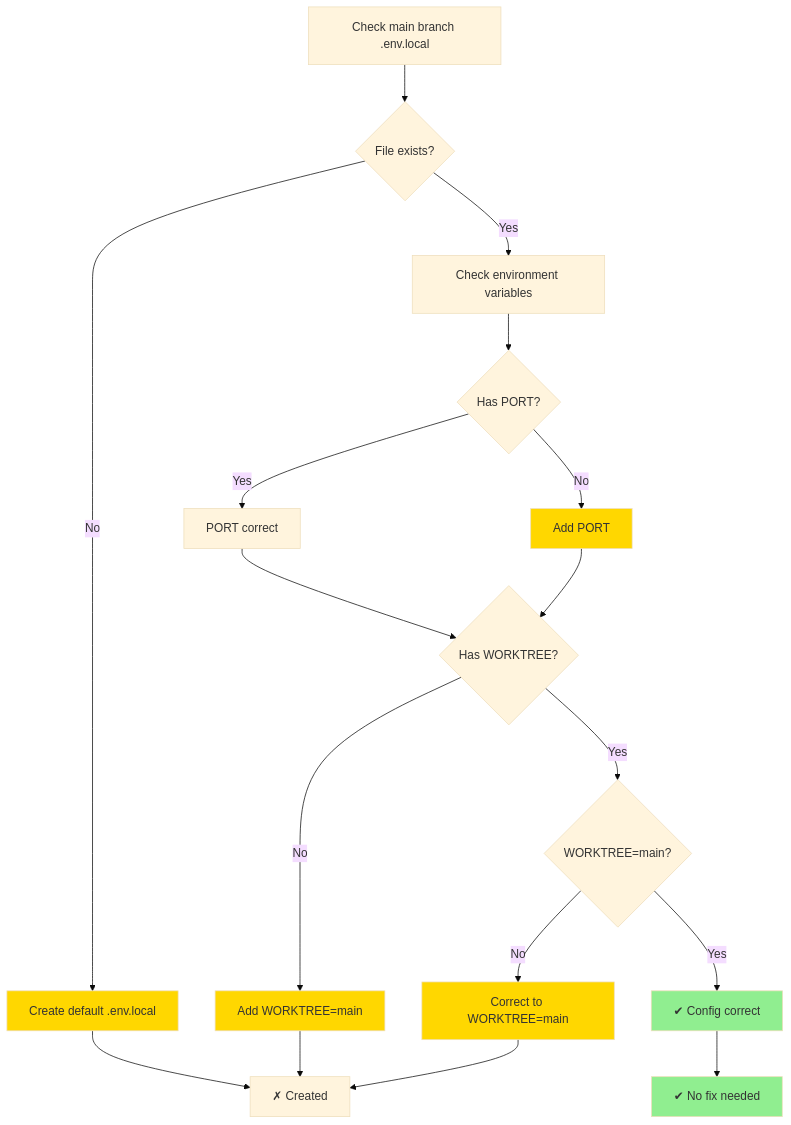
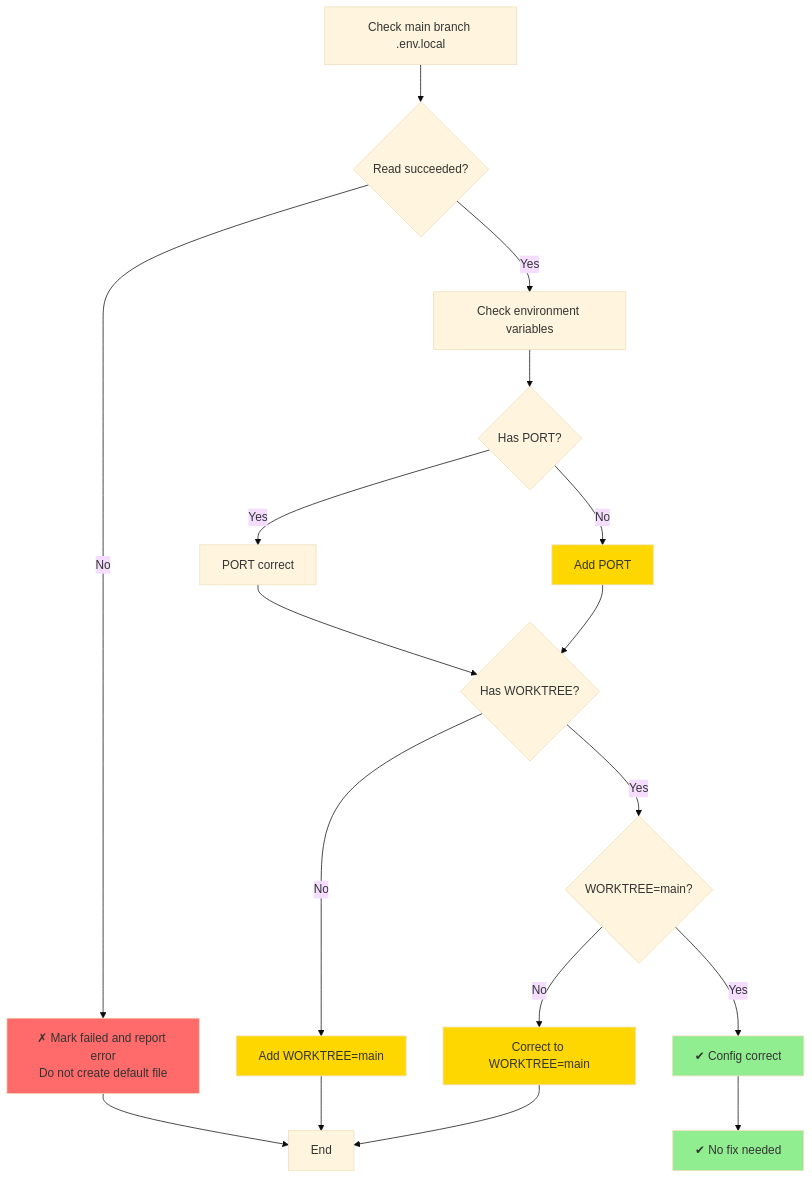
Before and after one commit to colin-han/colyn: the second of 4 diagrams in docs/en/develop/design/commands/design-repair-command.md, drawn with Mermaid (base theme). The commit also changed other lines of this file and 44 other files, not shown here.

````diff
--- a/docs/en/develop/design/commands/design-repair-command.md
+++ b/docs/en/develop/design/commands/design-repair-command.md
@@ -207,33 +207,33 @@
 ```mermaid
 graph TD
-    Start[Check main branch .env.local] --> FileExists{File exists?}
+    Start[Check main branch .env.local] --> ReadFile{Read succeeded?}
 
-    FileExists -->|No| CreateFile[Create default .env.local]
-    FileExists -->|Yes| CheckVars[Check environment variables]
+    ReadFile -->|No| ReadFail[✗ Mark failed and report error<br/>Do not create default file]
+    ReadFile -->|Yes| CheckVars[Check environment variables]
 
-    CreateFile --> End[✗ Created]
+    ReadFail --> End
 
     CheckVars --> HasPort{Has PORT?}
     HasPort -->|No| AddPort[Add PORT]
     HasPort -->|Yes| PortOK[PORT correct]
 
     PortOK --> HasWT{Has WORKTREE?}
     AddPort --> HasWT
 
     HasWT -->|No| AddWT[Add WORKTREE=main]
     HasWT -->|Yes| WTValue{WORKTREE=main?}
 
     WTValue -->|No| FixWT[Correct to WORKTREE=main]
     WTValue -->|Yes| AllOK[✔ Config correct]
 
     AddWT --> End
     FixWT --> End
     AllOK --> End2[✔ No fix needed]
 
-    style CreateFile fill:#FFD700
+    style ReadFail fill:#FF6B6B
     style AddPort fill:#FFD700
     style AddWT fill:#FFD700
     style FixWT fill:#FFD700
     style AllOK fill:#90EE90
     style End2 fill:#90EE90
 ```
````
